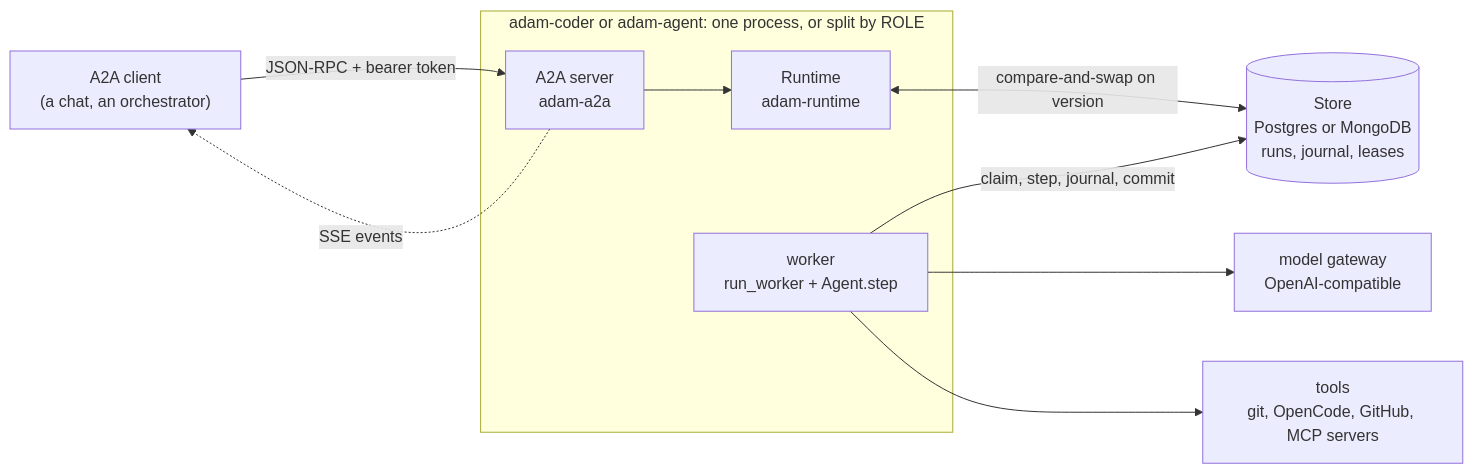
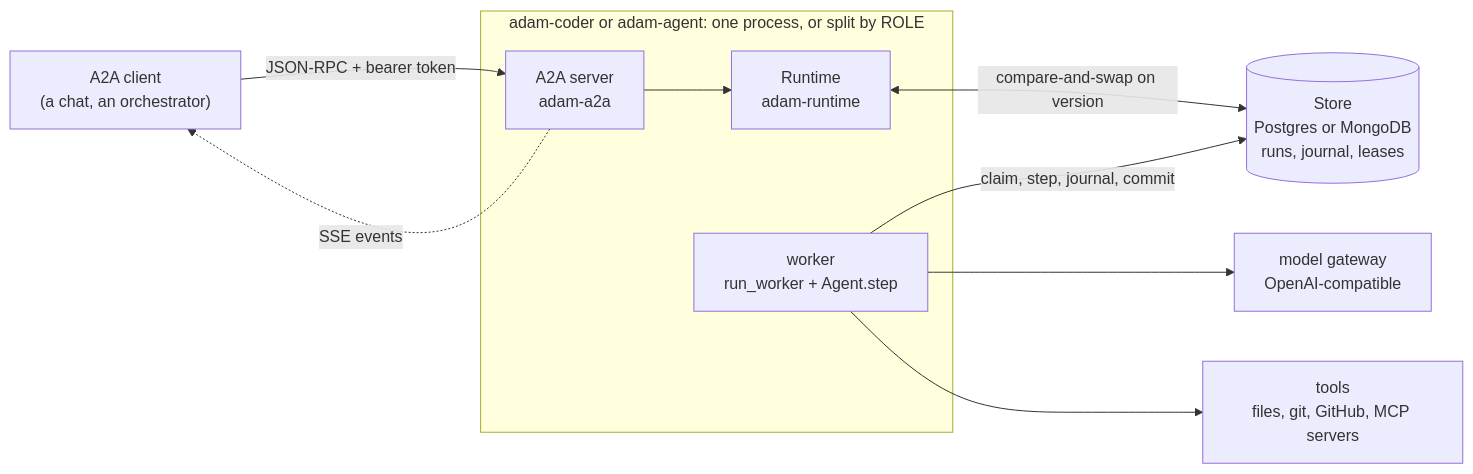
The diagram in README.md (vymalo/another-adam-rs), drawn with Mermaid before and after one commit. The commit also changed other lines of this file and 34 other files, not shown here.

First line of the commit message:
docs: the coder no longer uses OpenCode (ADR 0038, slice 5 of ADR 0044)

````diff
--- a/README.md
+++ b/README.md
@@ -9,20 +9,20 @@
 ```mermaid
 flowchart LR
     client["A2A client<br/>(a chat, an orchestrator)"]
     subgraph process["adam-coder or adam-agent: one process, or split by ROLE"]
         server["A2A server<br/>adam-a2a"]
         runtime["Runtime<br/>adam-runtime"]
         worker["worker<br/>run_worker + Agent.step"]
     end
     store[("Store<br/>Postgres or MongoDB<br/>runs, journal, leases")]
     model["model gateway<br/>OpenAI-compatible"]
-    tools["tools<br/>git, OpenCode, GitHub, MCP servers"]
+    tools["tools<br/>files, git, GitHub, MCP servers"]
 
     client -->|"JSON-RPC + bearer token"| server
     server -. "SSE events" .-> client
     server --> runtime
     runtime <-->|"compare-and-swap on version"| store
     worker -->|"claim, step, journal, commit"| store
     worker --> model
     worker --> tools
 ```
````
